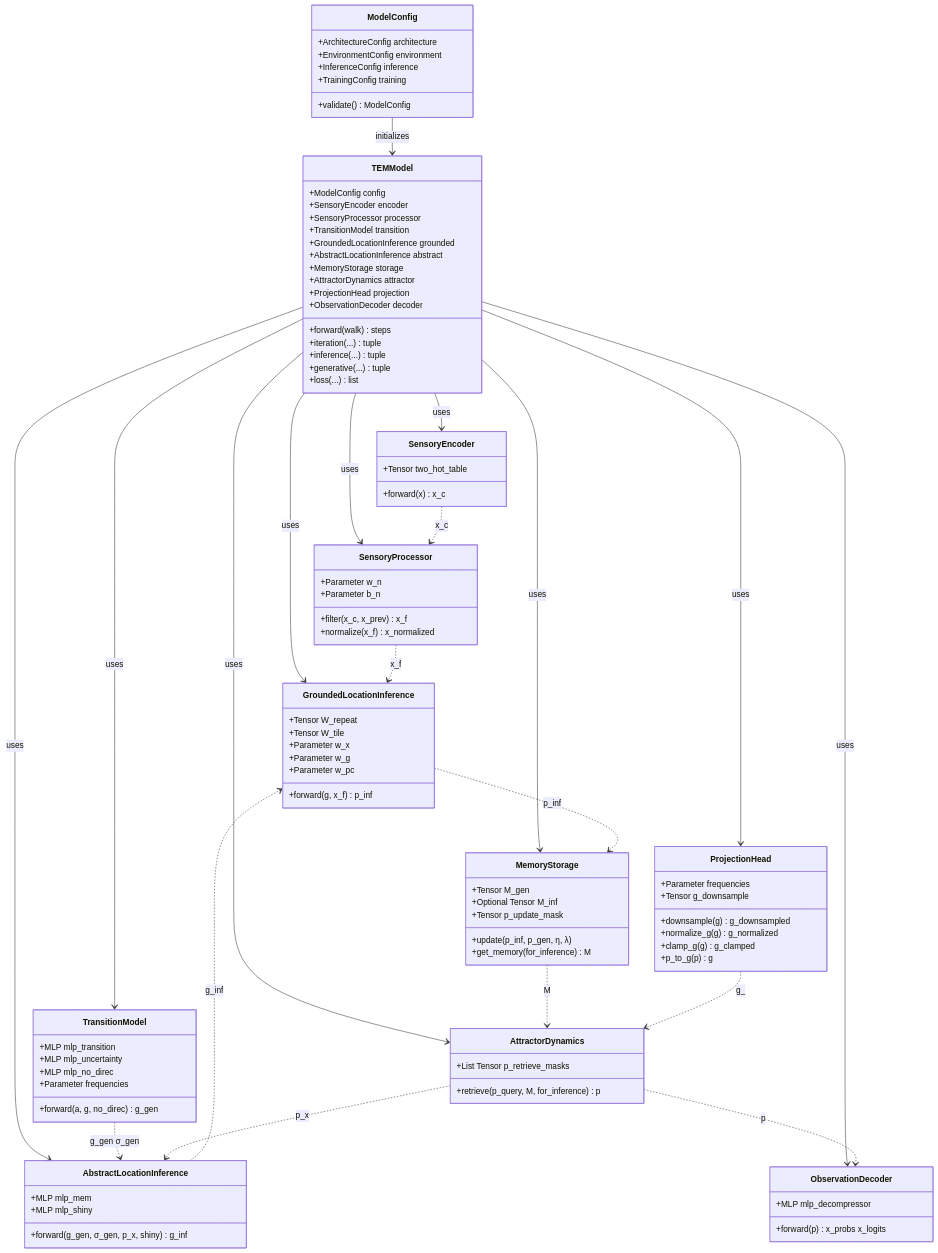
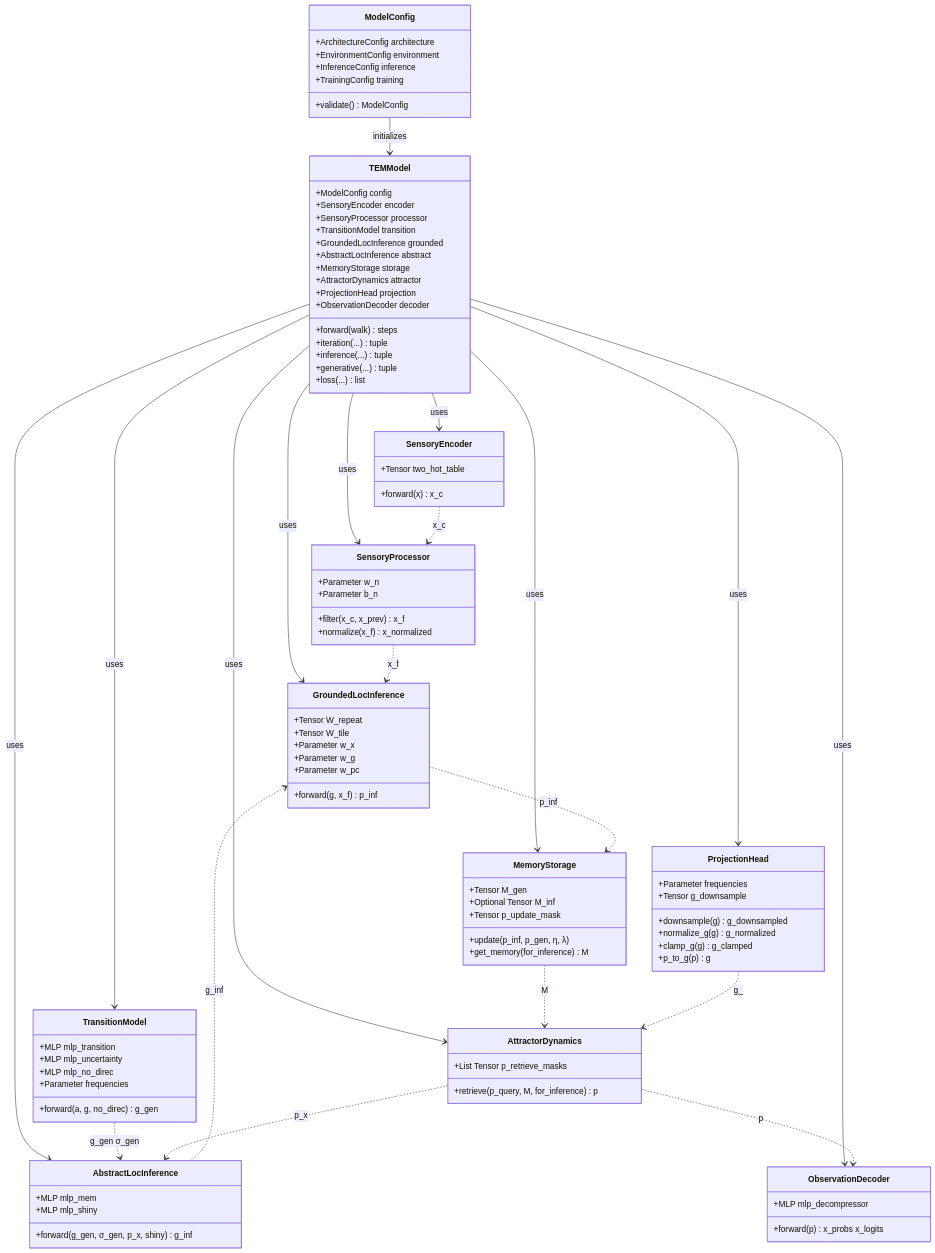
The diagram in docs/component_relationships.mmd (BorjaEst/tem), drawn with Mermaid before and after one commit. The commit also changed 33 other files, not shown here.

```diff
--- a/docs/component_relationships.mmd
+++ b/docs/component_relationships.mmd
@@ -1,110 +1,110 @@
 %% Component Relationships and Dependencies
 classDiagram
     class ModelConfig {
         +ArchitectureConfig architecture
         +EnvironmentConfig environment
         +InferenceConfig inference
         +TrainingConfig training
         +validate() ModelConfig
     }
     
     class TEMModel {
         +ModelConfig config
         +SensoryEncoder encoder
         +SensoryProcessor processor
         +TransitionModel transition
-        +GroundedLocationInference grounded
-        +AbstractLocationInference abstract
+        +GroundedLocInference grounded
+        +AbstractLocInference abstract
         +MemoryStorage storage
         +AttractorDynamics attractor
         +ProjectionHead projection
         +ObservationDecoder decoder
         +forward(walk) steps
         +iteration(...) tuple
         +inference(...) tuple
         +generative(...) tuple
         +loss(...) list
     }
     
     class SensoryEncoder {
         +Tensor two_hot_table
         +forward(x) x_c
     }
     
     class SensoryProcessor {
         +Parameter w_n
         +Parameter b_n
         +filter(x_c, x_prev) x_f
         +normalize(x_f) x_normalized
     }
     
     class TransitionModel {
         +MLP mlp_transition
         +MLP mlp_uncertainty
         +MLP mlp_no_direc
         +Parameter frequencies
         +forward(a, g, no_direc) g_gen
     }
     
-    class GroundedLocationInference {
+    class GroundedLocInference {
         +Tensor W_repeat
         +Tensor W_tile
         +Parameter w_x
         +Parameter w_g
         +Parameter w_pc
         +forward(g, x_f) p_inf
     }
     
-    class AbstractLocationInference {
+    class AbstractLocInference {
         +MLP mlp_mem
         +MLP mlp_shiny
         +forward(g_gen, σ_gen, p_x, shiny) g_inf
     }
     
     class MemoryStorage {
         +Tensor M_gen
         +Optional Tensor M_inf
         +Tensor p_update_mask
         +update(p_inf, p_gen, η, λ)
         +get_memory(for_inference) M
     }
     
     class AttractorDynamics {
         +List Tensor p_retrieve_masks
         +retrieve(p_query, M, for_inference) p
     }
     
     class ProjectionHead {
         +Parameter frequencies
         +Tensor g_downsample
         +downsample(g) g_downsampled
         +normalize_g(g) g_normalized
         +clamp_g(g) g_clamped
         +p_to_g(p) g
     }
     
     class ObservationDecoder {
         +MLP mlp_decompressor
         +forward(p) x_probs x_logits
     }
     
     ModelConfig --> TEMModel : initializes
     TEMModel --> SensoryEncoder : uses
     TEMModel --> SensoryProcessor : uses
     TEMModel --> TransitionModel : uses
-    TEMModel --> GroundedLocationInference : uses
-    TEMModel --> AbstractLocationInference : uses
+    TEMModel --> GroundedLocInference : uses
+    TEMModel --> AbstractLocInference : uses
     TEMModel --> MemoryStorage : uses
     TEMModel --> AttractorDynamics : uses
     TEMModel --> ProjectionHead : uses
     TEMModel --> ObservationDecoder : uses
     
     SensoryEncoder ..> SensoryProcessor : x_c
-    SensoryProcessor ..> GroundedLocationInference : x_f
-    TransitionModel ..> AbstractLocationInference : g_gen σ_gen
-    AttractorDynamics ..> AbstractLocationInference : p_x
-    AbstractLocationInference ..> GroundedLocationInference : g_inf
-    GroundedLocationInference ..> MemoryStorage : p_inf
+    SensoryProcessor ..> GroundedLocInference : x_f
+    TransitionModel ..> AbstractLocInference : g_gen σ_gen
+    AttractorDynamics ..> AbstractLocInference : p_x
+    AbstractLocInference ..> GroundedLocInference : g_inf
+    GroundedLocInference ..> MemoryStorage : p_inf
     AttractorDynamics ..> ObservationDecoder : p
     MemoryStorage ..> AttractorDynamics : M
     ProjectionHead ..> AttractorDynamics : g_
```
